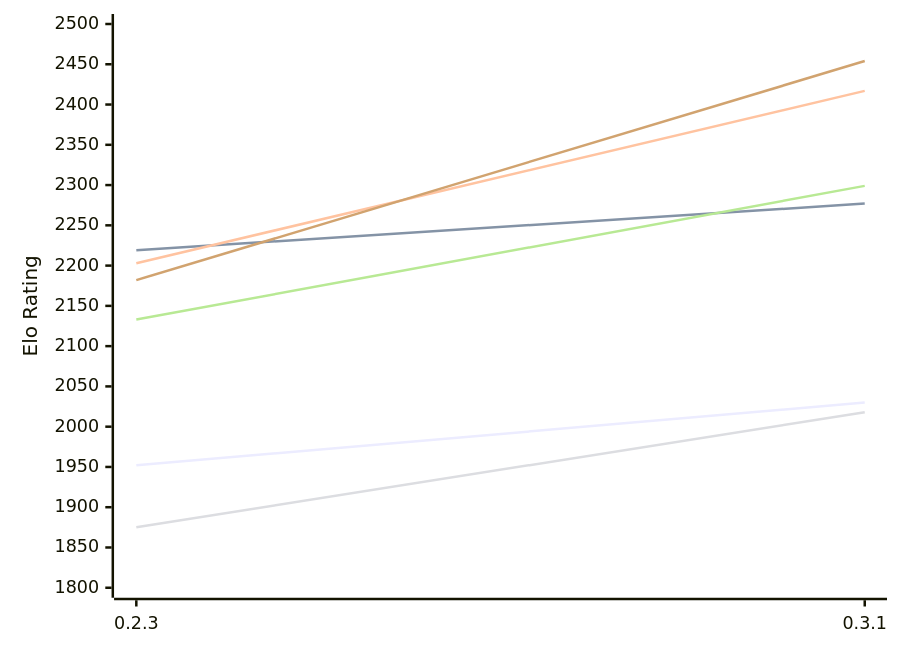
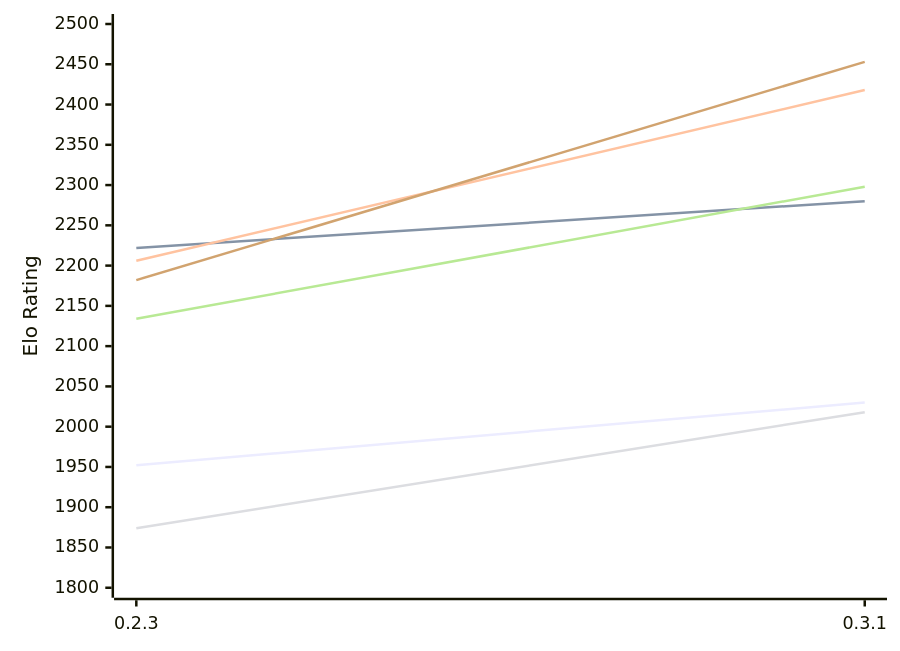
The first of 2 diagrams in engines/Lolbot.md (computer-chess-index/cci), drawn with Mermaid before and after one commit. The commit also changed other lines of this file, not shown here.

Commit message:
Update CCI Ratings (ELO VLTC) - 2026-11-22

````diff
--- a/engines/Lolbot.md
+++ b/engines/Lolbot.md
@@ -53,12 +53,12 @@
 ```mermaid
 %%{init: {"theme":"base","themeVariables":{"seriesColors:['#a3a3a3','#222221','#faa371']}}}%%
 xychart-beta
   x-axis ["0.2.3", "0.3.1"]
   y-axis "Elo Rating" 1800 --> 2500
   line "E1: STC (8.0+0.08s)" [1952, 2030]
-  line "E1: LTC (60.0+0.60s)" [2219, 2277]
-  line "E1: VLTC (2m24s+1.12s)" [2203, 2417]
-  line "P1: STC (8.0+0.08s)" [1875, 2018]
-  line "P1: LTC (60.0+0.60s)" [2133, 2299]
-  line "P1: VLTC (2m24s+1.12s)" [2182, 2454]
+  line "E1: LTC (60.0+0.60s)" [2222, 2280]
+  line "E1: VLTC (2m24s+1.12s)" [2206, 2418]
+  line "P1: STC (8.0+0.08s)" [1874, 2018]
+  line "P1: LTC (60.0+0.60s)" [2134, 2298]
+  line "P1: VLTC (2m24s+1.12s)" [2182, 2453]
 ```
````
